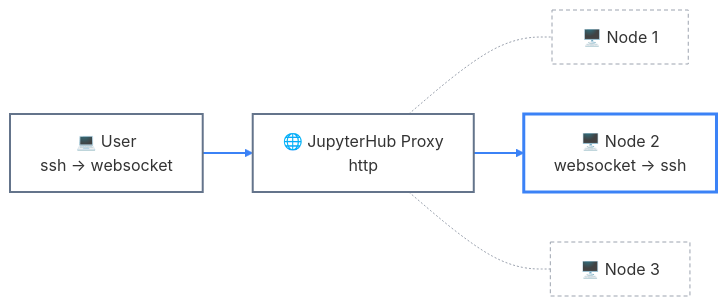
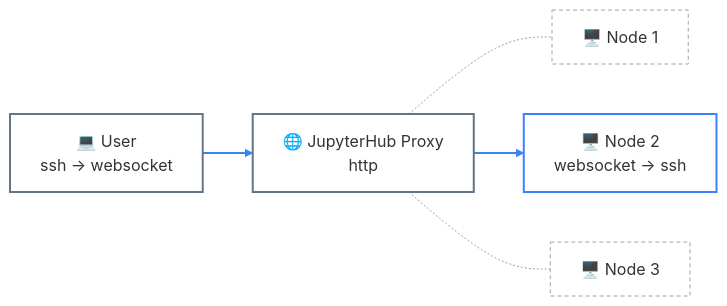
One commit to EagleEyeElite/jupyterhub-ws-ssh changed the diagram in README.md. Above: the diagram before and after it, drawn with Mermaid.

Commit message:
docs: simplify diagram styling

````diff
--- a/README.md
+++ b/README.md
@@ -7,23 +7,22 @@
 ```mermaid
-%%{init: {'themeVariables': {'background': 'transparent'}}}%%
 flowchart LR
     user["💻 User<br/>ssh → websocket"]
     proxy["🌐 JupyterHub Proxy<br/>http"]
     n1["🖥️ Node 1"]
     n2["🖥️ Node 2<br/>websocket → ssh"]
     n3["🖥️ Node 3"]
 
     user --> proxy
     proxy -.- n1
     proxy --> n2
     proxy -.- n3
 
     classDef base fill:transparent,stroke:#64748b,stroke-width:2px
-    classDef active fill:transparent,stroke:#3b82f6,stroke-width:3px
+    classDef active fill:transparent,stroke:#3b82f6,stroke-width:2px
     classDef idle fill:transparent,stroke:#9ca3af,stroke-dasharray:4 3
     class user,proxy base
     class n2 active
     class n1,n3 idle
     linkStyle 0,2 stroke:#3b82f6,stroke-width:2px
     linkStyle 1,3 stroke:#9ca3af
 ```
````
